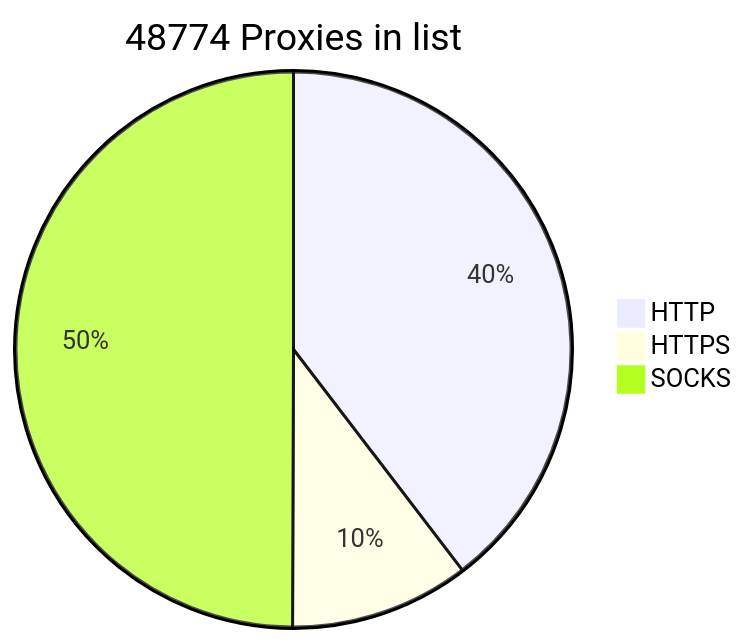
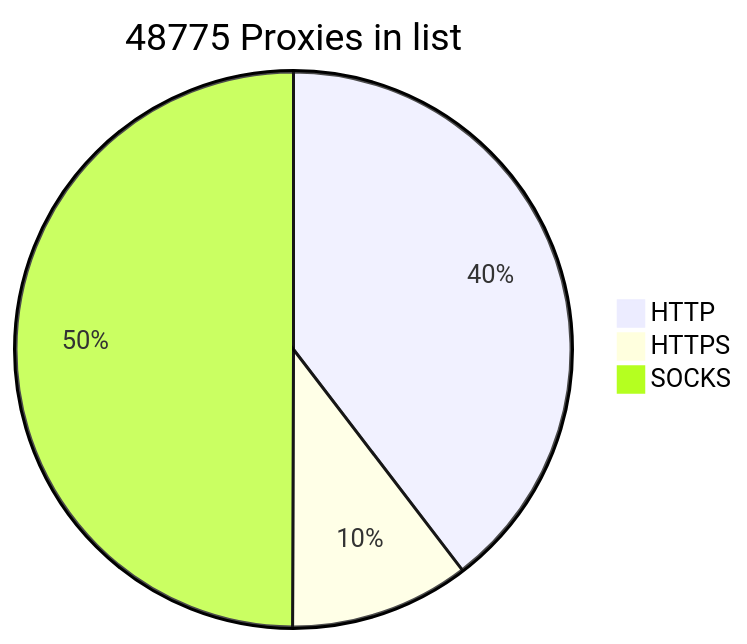
Before and after one commit to BlackSnowDot/proxylist-update-every-minute: the diagram in README.md, drawn with Mermaid.

````diff
--- a/README.md
+++ b/README.md
@@ -2,6 +2,6 @@
 ```mermaid
-pie title 48774 Proxies in list
+pie title 48775 Proxies in list
     "HTTP" : 21278
     "HTTPS": 5615
-    "SOCKS" : 26835
+    "SOCKS" : 26836
 ```
````
